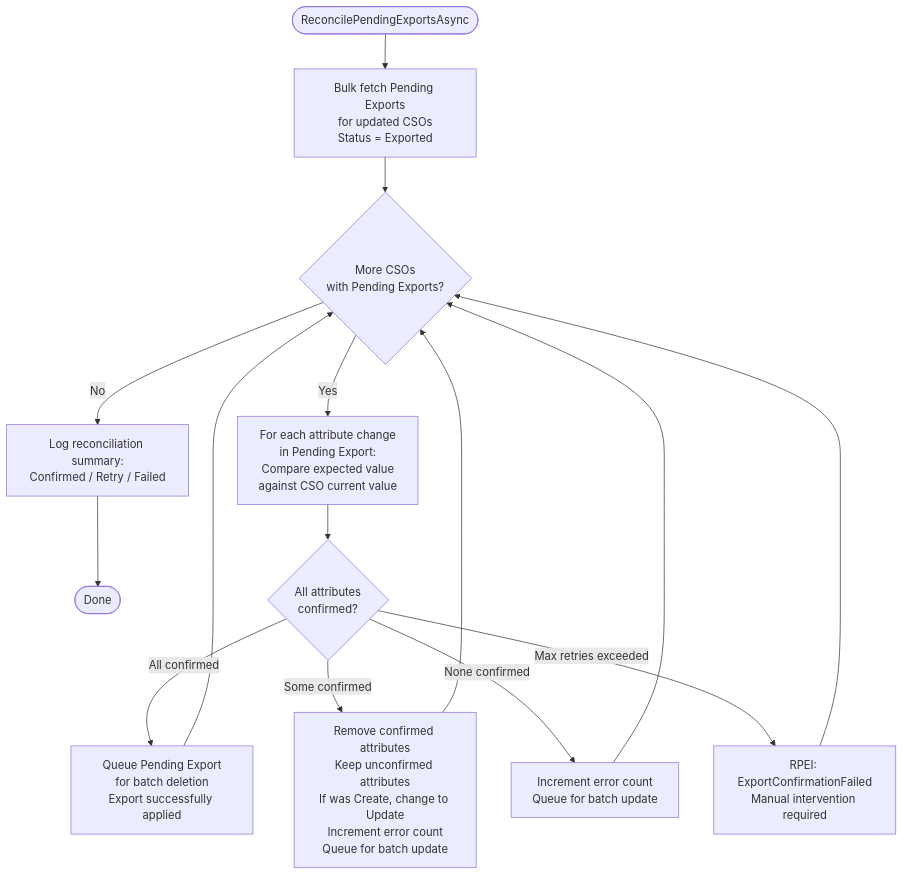
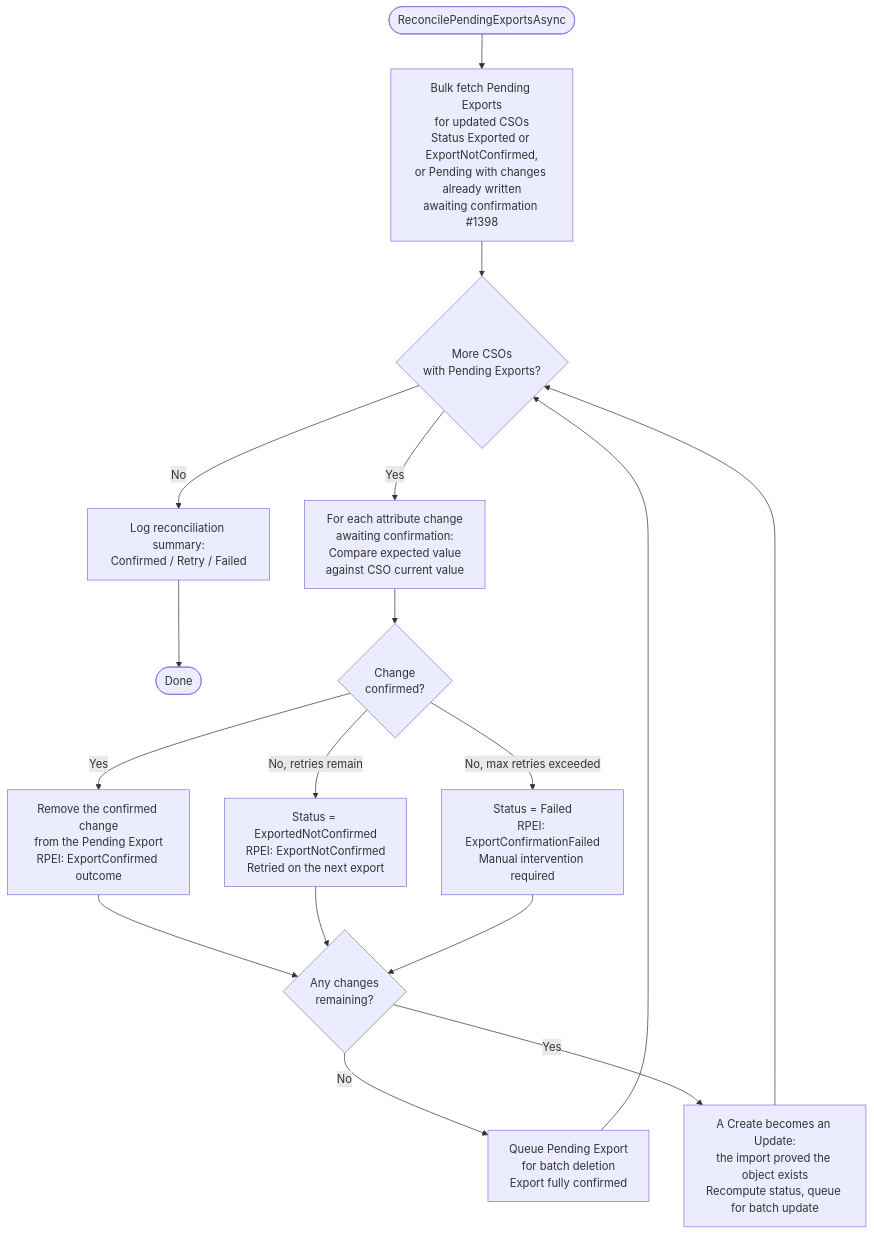
One commit to TetronIO/JIM changed the sixth of 6 diagrams in docs/developer/diagrams/FULL_IMPORT_FLOW.md. Above: the diagram before and after it, drawn with Mermaid. The commit also changed other lines of this file and 49 other files, not shown here.

Commit message:
docs: update documentation, diagrams and changelog for v0.15.0 release

````diff
--- a/docs/developer/diagrams/FULL_IMPORT_FLOW.md
+++ b/docs/developer/diagrams/FULL_IMPORT_FLOW.md
@@ -213,20 +238,22 @@
 ```mermaid
 flowchart TD
-    Start([ReconcilePendingExportsAsync]) --> LoadPE[Bulk fetch Pending Exports<br/>for updated CSOs<br/>Status = Exported]
+    Start([ReconcilePendingExportsAsync]) --> LoadPE[Bulk fetch Pending Exports<br/>for updated CSOs<br/>Status Exported or ExportNotConfirmed,<br/>or Pending with changes already written<br/>awaiting confirmation #1398]
     LoadPE --> Loop{More CSOs<br/>with Pending Exports?}
     Loop -->|No| Summary[Log reconciliation summary:<br/>Confirmed / Retry / Failed]
     Summary --> Done([Done])
 
-    Loop -->|Yes| Compare[For each attribute change<br/>in Pending Export:<br/>Compare expected value<br/>against CSO current value]
-    Compare --> Result{All attributes<br/>confirmed?}
+    Loop -->|Yes| Compare[For each attribute change<br/>awaiting confirmation:<br/>Compare expected value<br/>against CSO current value]
+    Compare --> PerChange{Change<br/>confirmed?}
+    PerChange -->|Yes| RemoveConfirmed[Remove the confirmed change<br/>from the Pending Export<br/>RPEI: ExportConfirmed outcome]
+    PerChange -->|No, retries remain| Retry[Status = ExportedNotConfirmed<br/>RPEI: ExportNotConfirmed<br/>Retried on the next export]
+    PerChange -->|No, max retries exceeded| PermanentFail[Status = Failed<br/>RPEI: ExportConfirmationFailed<br/>Manual intervention required]
 
-    Result -->|All confirmed| Delete[Queue Pending Export<br/>for batch deletion<br/>Export successfully applied]
-    Result -->|Some confirmed| Partial[Remove confirmed attributes<br/>Keep unconfirmed attributes<br/>If was Create, change to Update<br/>Increment error count<br/>Queue for batch update]
-    Result -->|None confirmed| AllFailed[Increment error count<br/>Queue for batch update]
-    Result -->|Max retries exceeded| PermanentFail[RPEI: ExportConfirmationFailed<br/>Manual intervention required]
+    RemoveConfirmed --> Remaining{Any changes<br/>remaining?}
+    Retry --> Remaining
+    PermanentFail --> Remaining
+    Remaining -->|No| Delete[Queue Pending Export<br/>for batch deletion<br/>Export fully confirmed]
+    Remaining -->|Yes| Update[A Create becomes an Update:<br/>the import proved the object exists<br/>Recompute status, queue for batch update]
 
     Delete --> Loop
-    Partial --> Loop
-    AllFailed --> Loop
-    PermanentFail --> Loop
+    Update --> Loop
 ```
````
